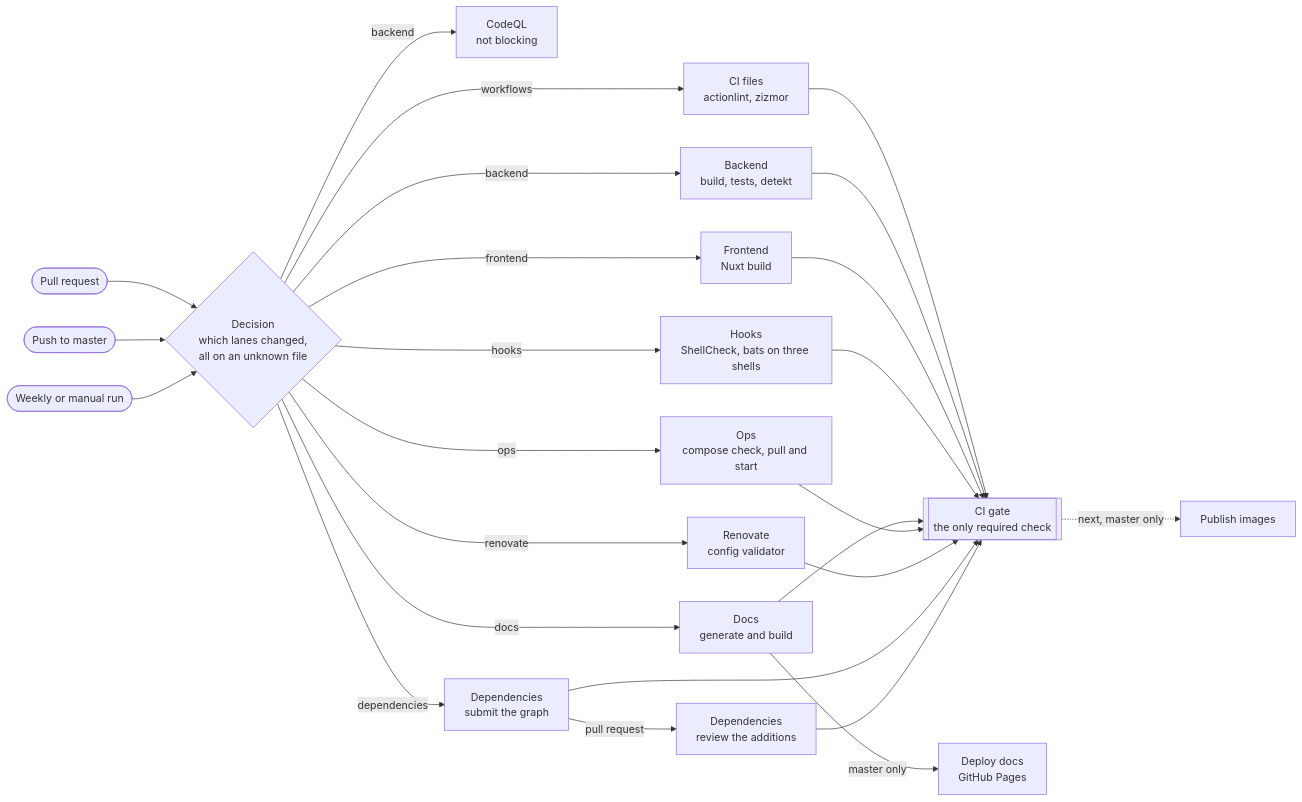
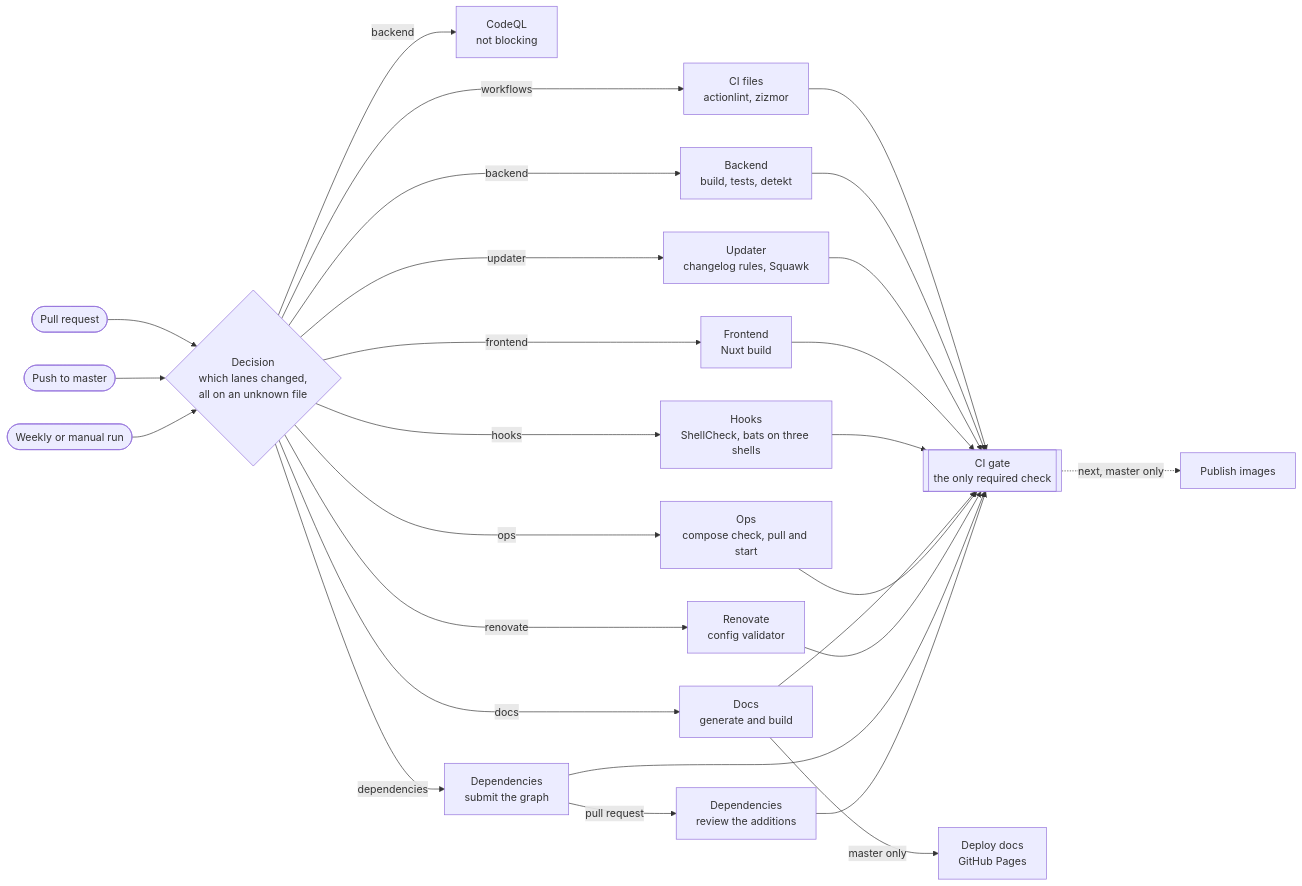
One commit to mboisnard/drinkit changed the diagram in docs/src/engineering/ci-cd.md. Above: the diagram before and after it, drawn with Mermaid. The commit also changed other lines of this file and 5 other files, not shown here.

First line of the commit message:
[DOCUMENTATION] Explain the changelog folders, their rules and the rebaseline (#399)

````diff
--- a/docs/src/engineering/ci-cd.md
+++ b/docs/src/engineering/ci-cd.md
@@ -5,20 +5,21 @@
 ```mermaid
 flowchart LR
   pr([Pull request]) --> decision
   master([Push to master]) --> decision
   weekly([Weekly or manual run]) --> decision
   decision{Decision<br/>which lanes changed,<br/>all on an unknown file}
   decision -- workflows --> cifiles[CI files<br/>actionlint, zizmor]
   decision -- backend --> backend[Backend<br/>build, tests, detekt]
+  decision -- updater --> updater[Updater<br/>changelog rules, Squawk]
   decision -- backend --> codeql[CodeQL<br/>not blocking]
   decision -- frontend --> frontend[Frontend<br/>Nuxt build]
   decision -- hooks --> hooks[Hooks<br/>ShellCheck, bats on three shells]
   decision -- docs --> docs[Docs<br/>generate and build]
   decision -- ops --> ops[Ops<br/>compose check, pull and start]
   decision -- renovate --> renovate[Renovate<br/>config validator]
   decision -- dependencies --> submission[Dependencies<br/>submit the graph]
   submission -- pull request --> review[Dependencies<br/>review the additions]
-  cifiles & backend & frontend & hooks & docs & ops & renovate & submission & review --> gate[[CI gate<br/>the only required check]]
+  cifiles & backend & updater & frontend & hooks & docs & ops & renovate & submission & review --> gate[[CI gate<br/>the only required check]]
   docs -- master only --> pages[Deploy docs<br/>GitHub Pages]
   gate -.->|next, master only| images[Publish images]
 ```
````
